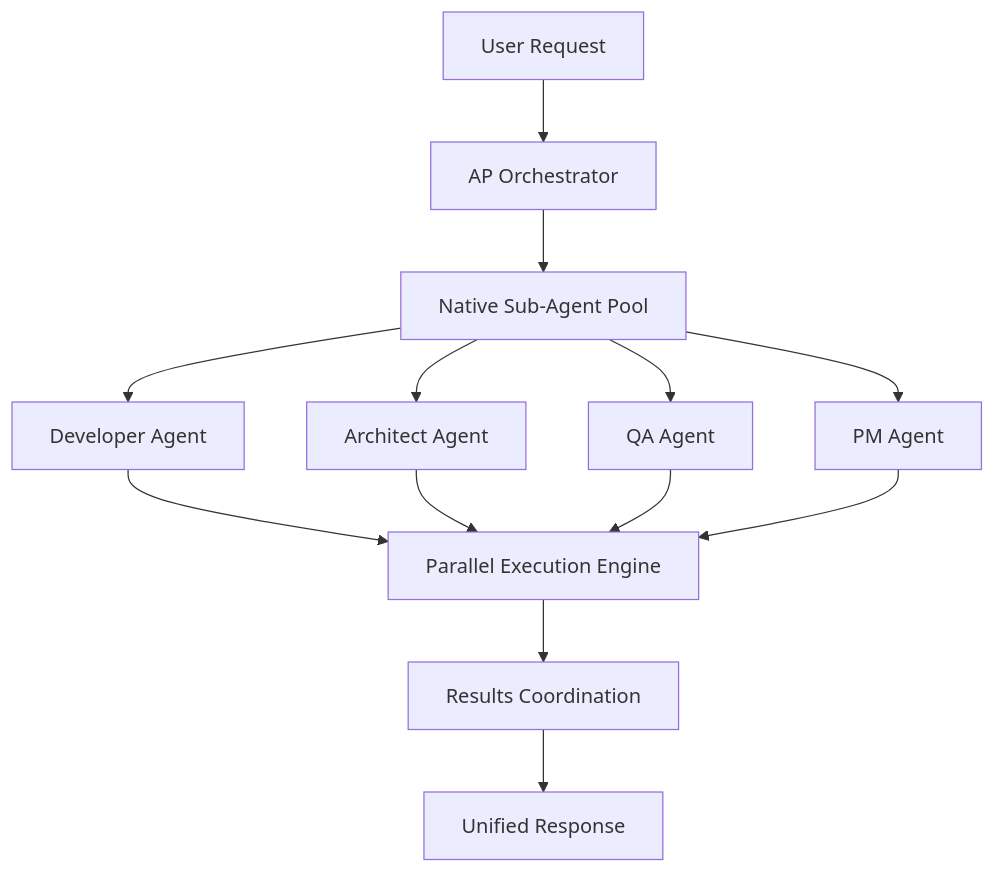
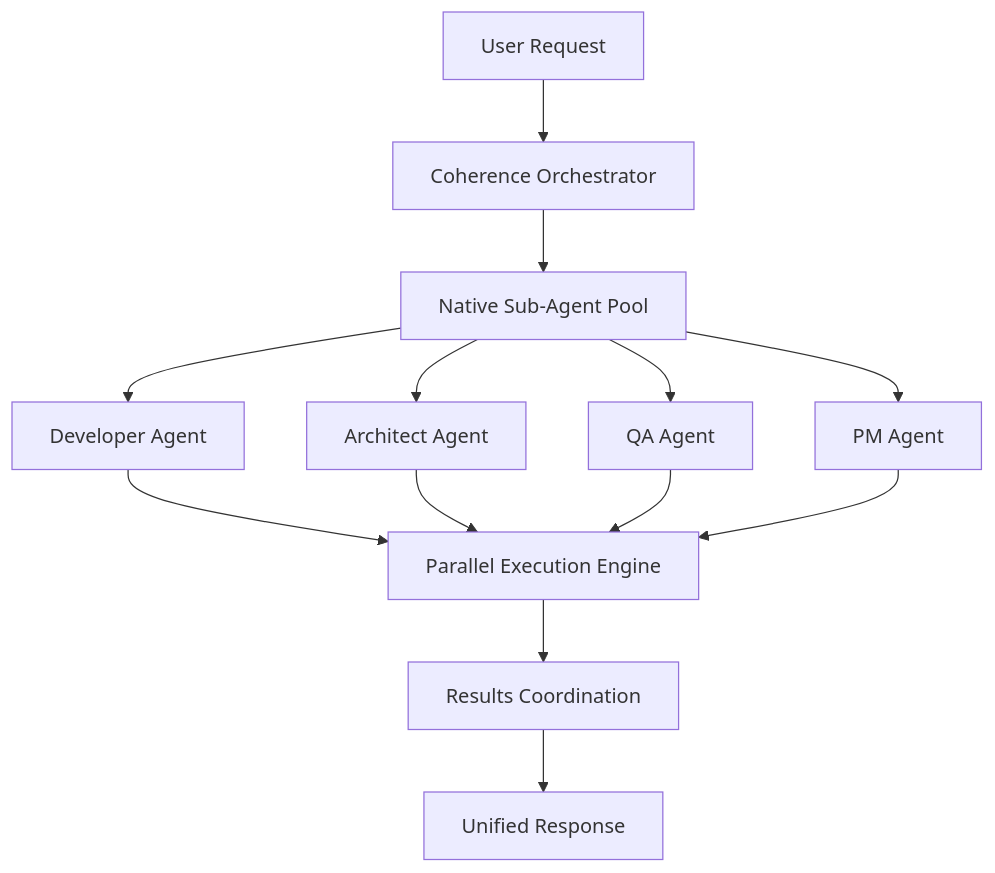
Before and after one commit to omayhemo/APM: the diagram in .apm/documentation/05-advanced/performance-optimization.md, drawn with Mermaid. The commit also changed other lines of this file and 192 other files, not shown here.

````diff
--- a/.apm/documentation/05-advanced/performance-optimization.md
+++ b/.apm/documentation/05-advanced/performance-optimization.md
@@ -17,15 +17,15 @@
 ```mermaid
 graph TD
-    A[User Request] --> B[AP Orchestrator]
+    A[User Request] --> B[Coherence Orchestrator]
     B --> C[Native Sub-Agent Pool]
     C --> D[Developer Agent]
     C --> E[Architect Agent]
     C --> F[QA Agent]
     C --> G[PM Agent]
     D --> H[Parallel Execution Engine]
     E --> H
     F --> H
     G --> H
     H --> I[Results Coordination]
     I --> J[Unified Response]
 ```
````
